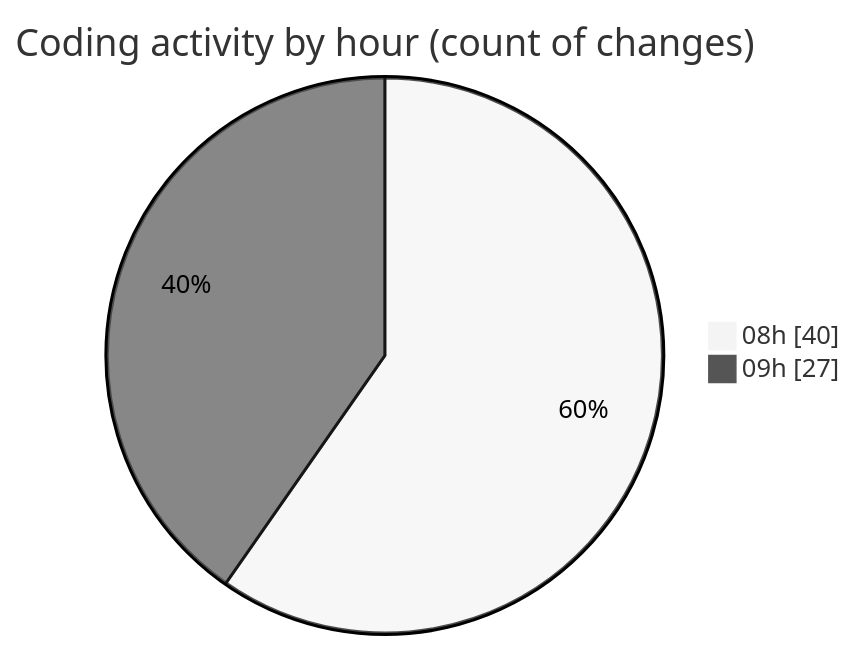
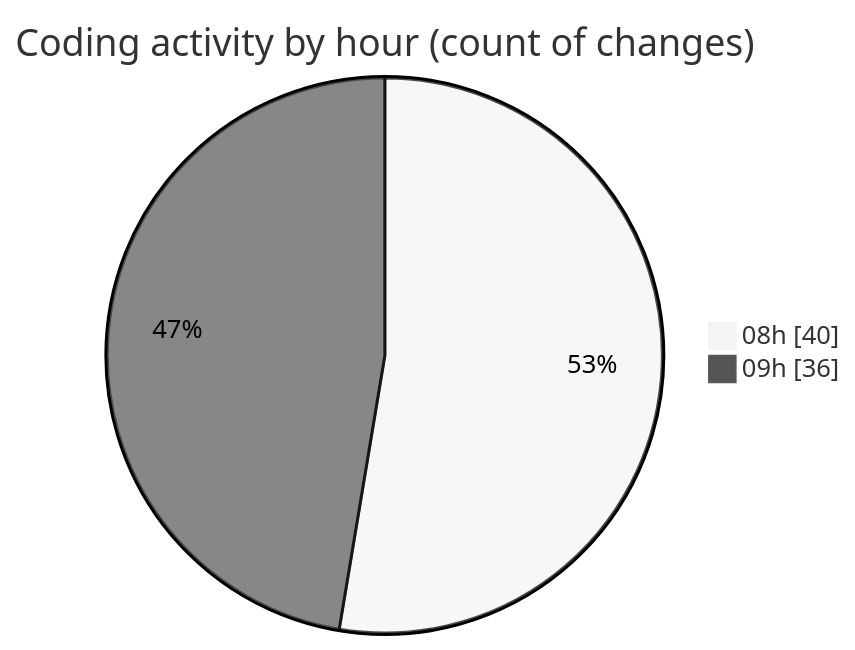
Before and after one commit to robertbonfada/code-tracking: the second of 2 diagrams in 2025-01-27/mbc-web/README.md, drawn with Mermaid (neutral theme). The commit also changed other lines of this file and 1 other file, not shown here.

````diff
--- a/2025-01-27/mbc-web/README.md
+++ b/2025-01-27/mbc-web/README.md
@@ -41,6 +44,6 @@
 ```mermaid
 pie showData
 title Coding activity by hour (count of changes)
 "08h" : 40
-"09h" : 27
+"09h" : 36
 ```
````
